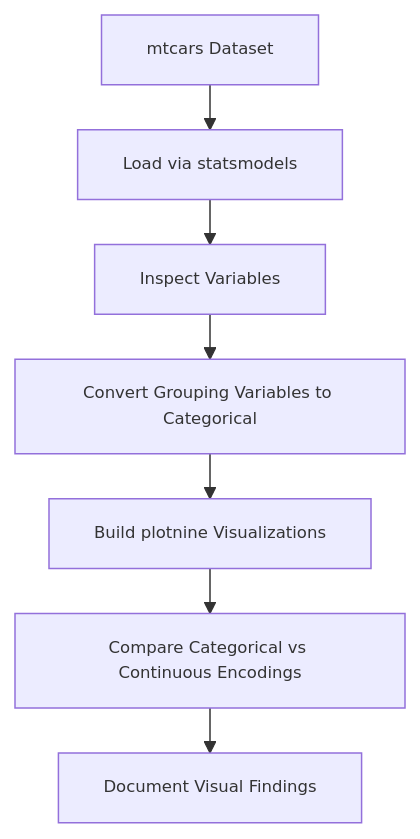
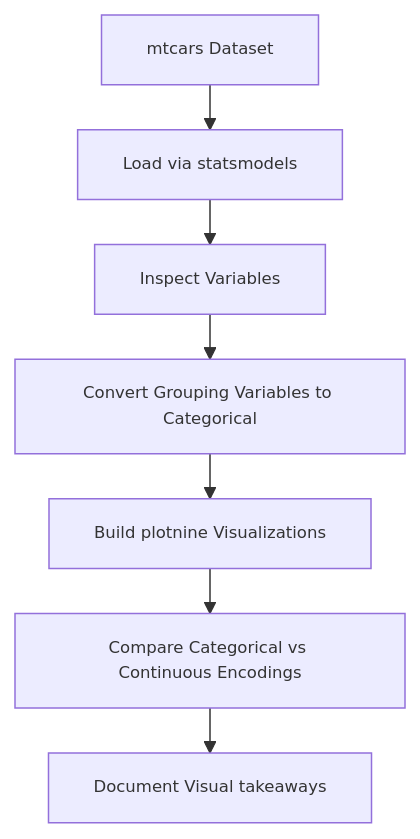
The first of 2 diagrams in README.md (PranikaC/Cars_Visualization_MtCars), drawn with Mermaid before and after one commit. The commit also changed other lines of this file, not shown here.

````diff
--- a/README.md
+++ b/README.md
@@ -27,10 +27,10 @@
 ```mermaid
 %%{init: {"theme": "default", "themeVariables": {"fontSize": "11px"}, "flowchart": {"nodeSpacing": 25, "rankSpacing": 30}}}%%
 flowchart TD
     A[mtcars Dataset] --> B[Load via statsmodels]
     B --> C[Inspect Variables]
     C --> D[Convert Grouping Variables to Categorical]
     D --> E[Build plotnine Visualizations]
     E --> F[Compare Categorical vs Continuous Encodings]
-    F --> G[Document Visual Findings]
+    F --> G[Document Visual takeaways]
 ```
````
